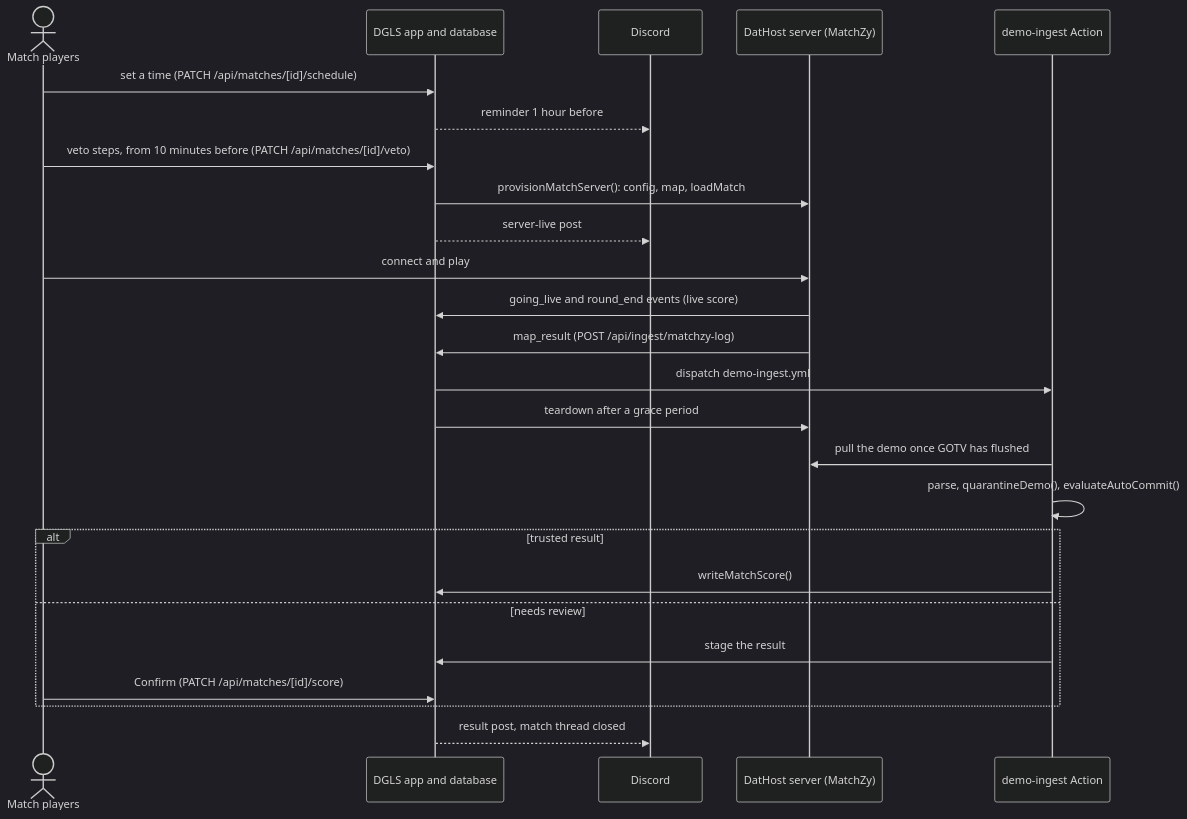
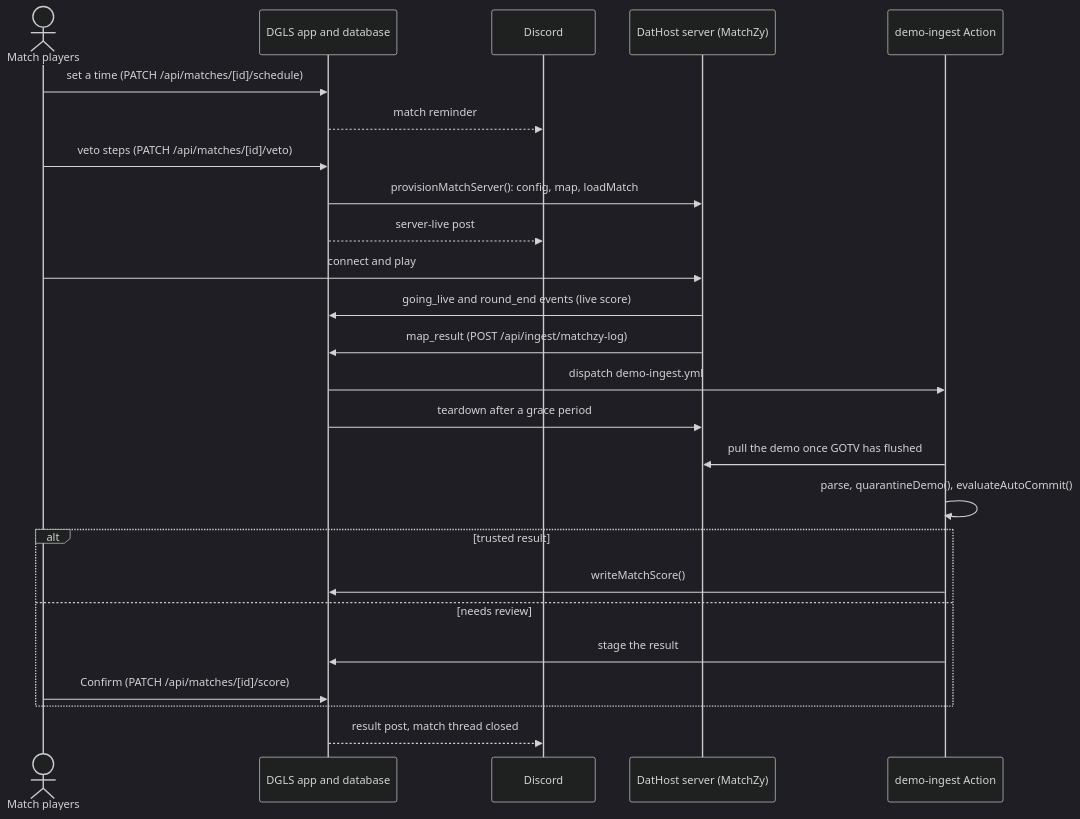
One commit to zgreenhalge/dans-gaming-league-series changed the third of 3 diagrams in docs/season-lifecycle.md. Above: the diagram before and after it, drawn with Mermaid (dark theme). The commit also changed other lines of this file and 6 other files, not shown here.

First line of the commit message:
docs: link to owning docs instead of restating them, and drop the hand-kept diagram index

````diff
--- a/docs/season-lifecycle.md
+++ b/docs/season-lifecycle.md
@@ -85,27 +75,27 @@
 ```mermaid
 sequenceDiagram
     actor P as Match players
     participant App as DGLS app and database
     participant D as Discord
     participant S as DatHost server (MatchZy)
     participant GH as demo-ingest Action
     P->>App: set a time (PATCH /api/matches/[id]/schedule)
-    App-->>D: reminder 1 hour before
-    P->>App: veto steps, from 10 minutes before (PATCH /api/matches/[id]/veto)
+    App-->>D: match reminder
+    P->>App: veto steps (PATCH /api/matches/[id]/veto)
     App->>S: provisionMatchServer(): config, map, loadMatch
     App-->>D: server-live post
     P->>S: connect and play
     S->>App: going_live and round_end events (live score)
     S->>App: map_result (POST /api/ingest/matchzy-log)
     App->>GH: dispatch demo-ingest.yml
     App->>S: teardown after a grace period
     GH->>S: pull the demo once GOTV has flushed
     GH->>GH: parse, quarantineDemo(), evaluateAutoCommit()
     alt trusted result
         GH->>App: writeMatchScore()
     else needs review
         GH->>App: stage the result
         P->>App: Confirm (PATCH /api/matches/[id]/score)
     end
     App-->>D: result post, match thread closed
 ```
````
